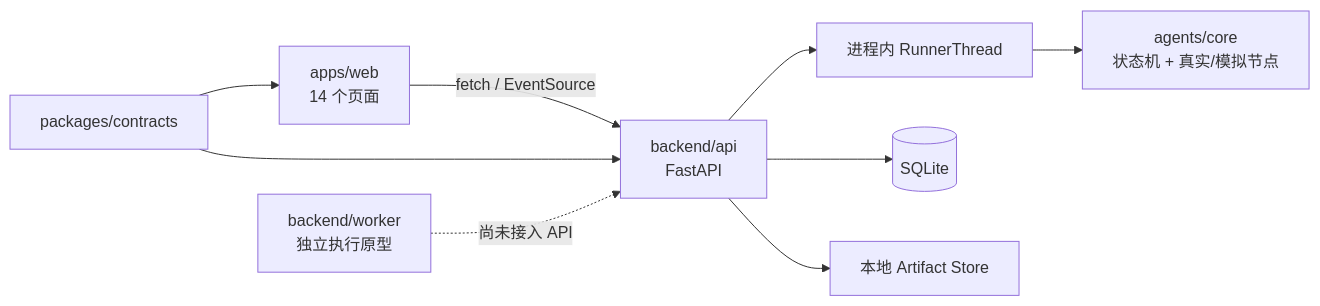
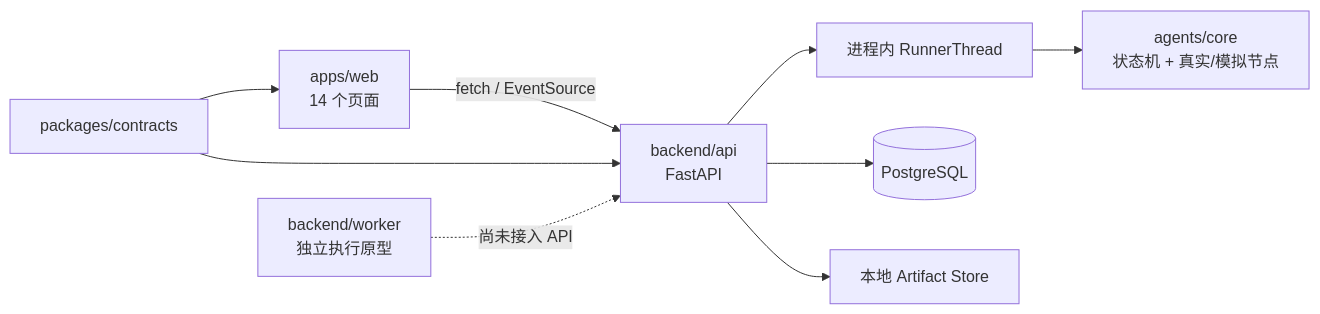
The first of 3 diagrams in PROJECT_STRUCTURE.md (IvanCodesDev/OpenMathModel), drawn with Mermaid before and after one commit. The commit also changed other lines of this file and 6 other files, not shown here.

````diff
--- a/PROJECT_STRUCTURE.md
+++ b/PROJECT_STRUCTURE.md
@@ -52,11 +52,11 @@
 ```mermaid
 flowchart LR
     WEB["apps/web\n14 个页面"] -->|"fetch / EventSource"| API["backend/api\nFastAPI"]
     API --> RUNNER["进程内 RunnerThread"]
     RUNNER --> CORE["agents/core\n状态机 + 真实/模拟节点"]
-    API --> SQLITE[("SQLite")]
+    API --> SQLITE[("PostgreSQL")]
     API --> BLOB["本地 Artifact Store"]
     CONTRACTS["packages/contracts"] --> WEB
     CONTRACTS --> API
     WORKER["backend/worker\n独立执行原型"] -. "尚未接入 API" .-> API
 ```
````
